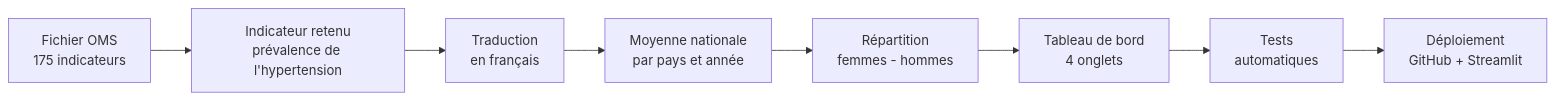
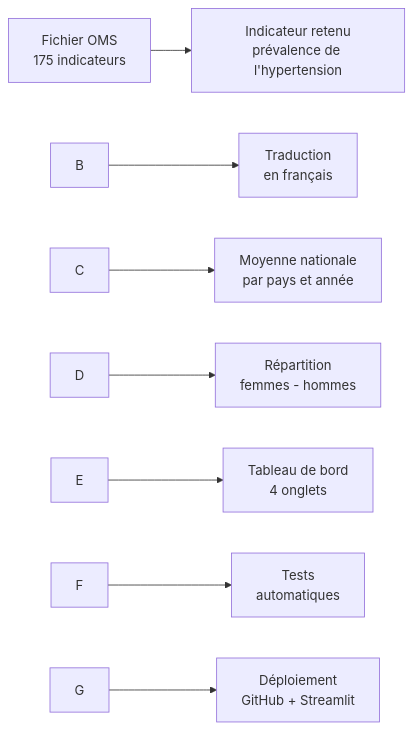
One commit to ismaelkodjo/dashboard-sante-equite changed the diagram in README.md. Above: the diagram before and after it, drawn with Mermaid. The commit also changed other lines of this file, not shown here.

Commit message:
Titre, synthèse, évolution par pays et graphiques en courbes

````diff
--- a/README.md
+++ b/README.md
@@ -58,10 +58,10 @@
 ```mermaid
 flowchart LR
-    A["Fichier OMS<br/>175 indicateurs"] --> B["Indicateur retenu<br/>prévalence de l'hypertension"]
-    B --> C["Traduction<br/>en français"]
-    C --> D["Moyenne nationale<br/>par pays et année"]
-    D --> E["Répartition<br/>femmes - hommes"]
-    E --> F["Tableau de bord<br/>4 onglets"]
-    F --> G["Tests<br/>automatiques"]
-    G --> H["Déploiement<br/>GitHub + Streamlit"]
+    A\["Fichier OMS<br/>175 indicateurs"] --> B\["Indicateur retenu<br/>prévalence de l'hypertension"]
+    B --> C\["Traduction<br/>en français"]
+    C --> D\["Moyenne nationale<br/>par pays et année"]
+    D --> E\["Répartition<br/>femmes - hommes"]
+    E --> F\["Tableau de bord<br/>4 onglets"]
+    F --> G\["Tests<br/>automatiques"]
+    G --> H\["Déploiement<br/>GitHub + Streamlit"]
 ```
````
